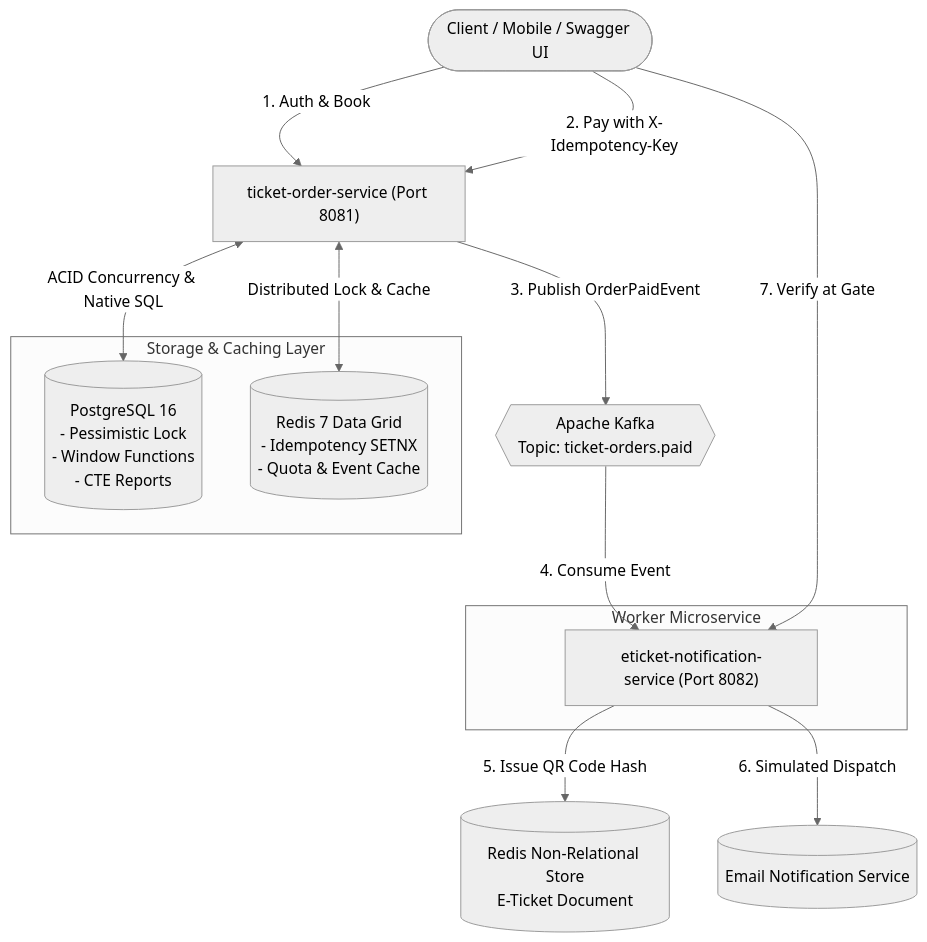
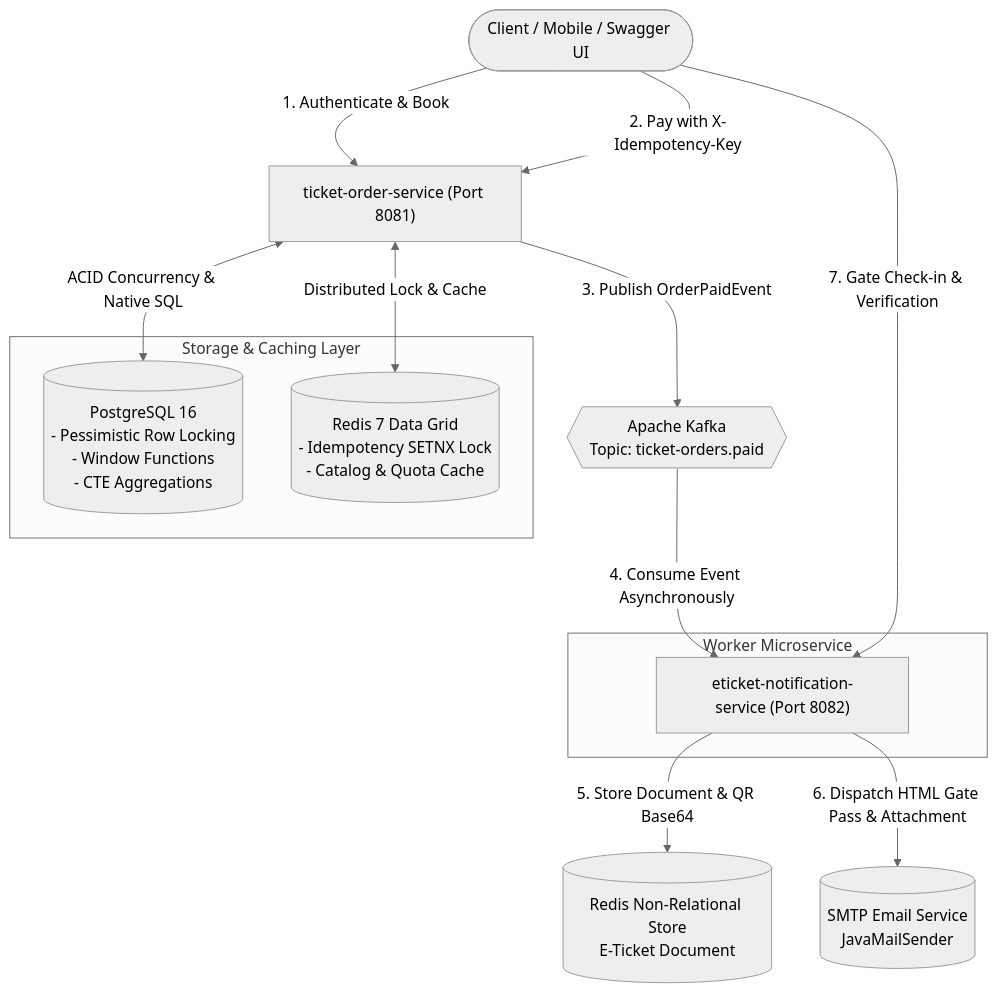
One commit to fazrideffara/event-ticketing-platform changed the diagram in README.md. Above: the diagram before and after it, drawn with Mermaid (neutral theme). The commit also changed other lines of this file, not shown here.

Commit message:
docs: update readme with comprehensive english documentation and architecture overview

````diff
--- a/README.md
+++ b/README.md
@@ -16,24 +19,24 @@
 ```mermaid
 flowchart TD
-    Client(["Client / Mobile / Swagger UI"]) -->|1. Auth & Book| OrderService["ticket-order-service (Port 8081)"]
+    Client(["Client / Mobile / Swagger UI"]) -->|1. Authenticate & Book| OrderService["ticket-order-service (Port 8081)"]
     Client -->|2. Pay with X-Idempotency-Key| OrderService
 
     subgraph "Storage & Caching Layer"
-        PostgreSQL[("PostgreSQL 16\n- Pessimistic Lock\n- Window Functions\n- CTE Reports")]
-        Redis[("Redis 7 Data Grid\n- Idempotency SETNX\n- Quota & Event Cache")]
+        PostgreSQL[("PostgreSQL 16\n- Pessimistic Row Locking\n- Window Functions\n- CTE Aggregations")]
+        Redis[("Redis 7 Data Grid\n- Idempotency SETNX Lock\n- Catalog & Quota Cache")]
     end
 
     OrderService <-->|ACID Concurrency & Native SQL| PostgreSQL
     OrderService <-->|Distributed Lock & Cache| Redis
 
     OrderService -->|3. Publish OrderPaidEvent| Kafka{{"Apache Kafka\nTopic: ticket-orders.paid"}}
 
     subgraph "Worker Microservice"
         ETicketService["eticket-notification-service (Port 8082)"]
     end
 
-    Kafka -->|4. Consume Event| ETicketService
-    ETicketService -->|5. Issue QR Code Hash| RedisStore[("Redis Non-Relational Store\nE-Ticket Document")]
-    ETicketService -->|6. Simulated Dispatch| EmailNotifier[("Email Notification Service")]
-    Client -->|7. Verify at Gate| ETicketService
+    Kafka -->|4. Consume Event Asynchronously| ETicketService
+    ETicketService -->|5. Store Document & QR Base64| RedisStore[("Redis Non-Relational Store\nE-Ticket Document")]
+    ETicketService -->|6. Dispatch HTML Gate Pass & Attachment| EmailService[("SMTP Email Service\nJavaMailSender")]
+    Client -->|7. Gate Check-in & Verification| ETicketService
 ```
````
